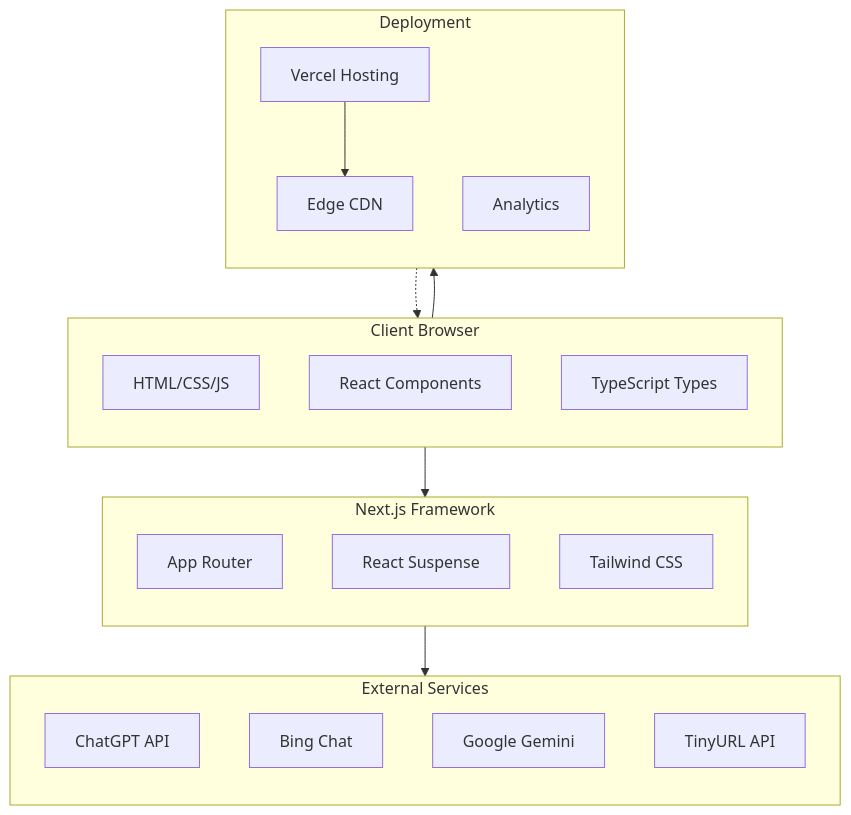
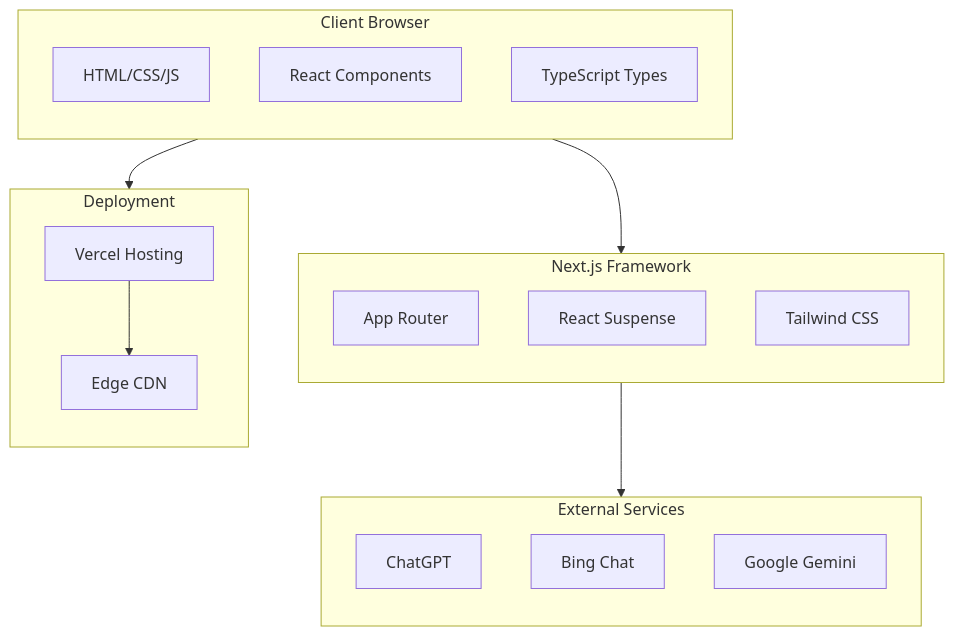
The first of 13 diagrams in ARCHITECTURE.md (elicortez/letmeaskaiforyou), drawn with Mermaid before and after one commit. The commit also changed other lines of this file and 2 other files, not shown here.

````diff
--- a/ARCHITECTURE.md
+++ b/ARCHITECTURE.md
@@ -18,37 +18,34 @@
 ```mermaid
 graph TB
     subgraph Client["Client Browser"]
         direction TB
         HTML["HTML/CSS/JS"]
         React["React Components"]
         TS["TypeScript Types"]
     end
     
     subgraph NextJS["Next.js Framework"]
         direction TB
         AppRouter["App Router"]
         Suspense["React Suspense"]
         Tailwind["Tailwind CSS"]
     end
     
     subgraph Services["External Services"]
         direction TB
-        ChatGPT["ChatGPT API"]
+        ChatGPT["ChatGPT"]
         Copilot["Bing Chat"]
         Gemini["Google Gemini"]
-        TinyURL["TinyURL API"]
     end
     
     subgraph Deployment["Deployment"]
         direction TB
         Vercel["Vercel Hosting"]
         CDN["Edge CDN"]
-        Analytics["Analytics"]
     end
     
     Client --> NextJS
     NextJS --> Services
     Client --> Deployment
     Vercel --> CDN
-    Analytics -.-> Client
 ```
````
